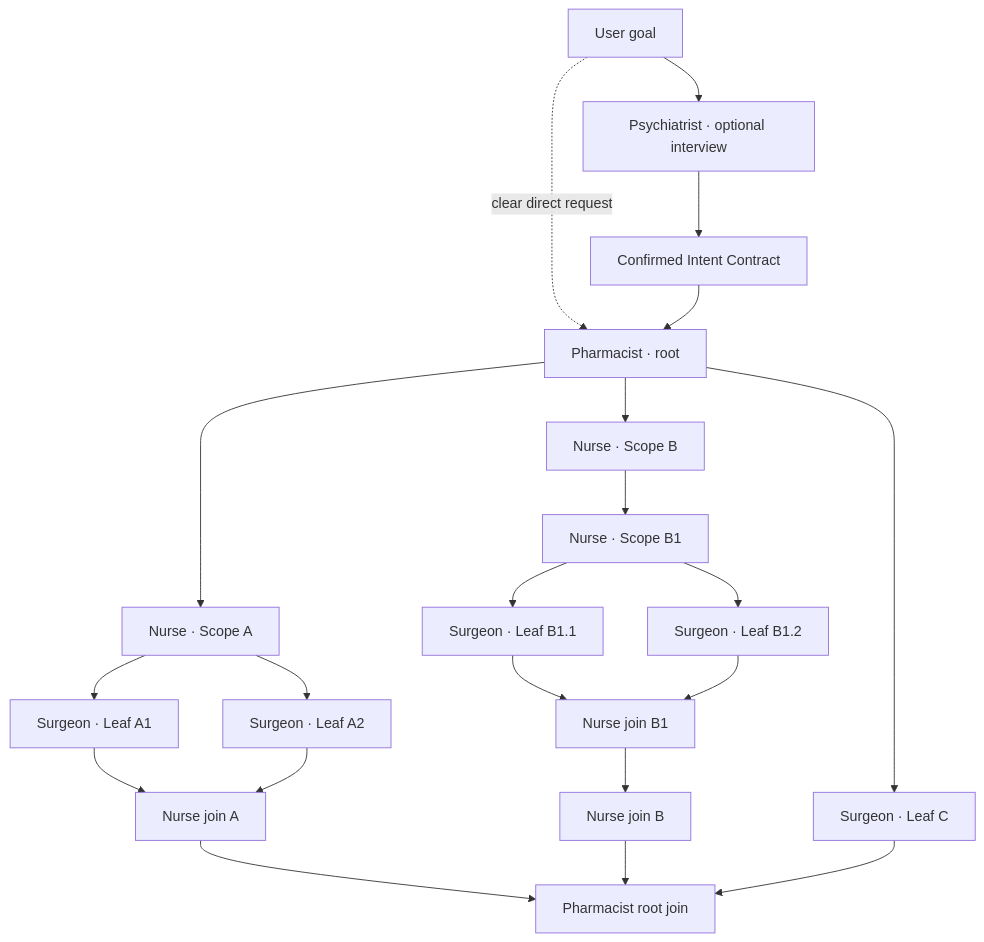
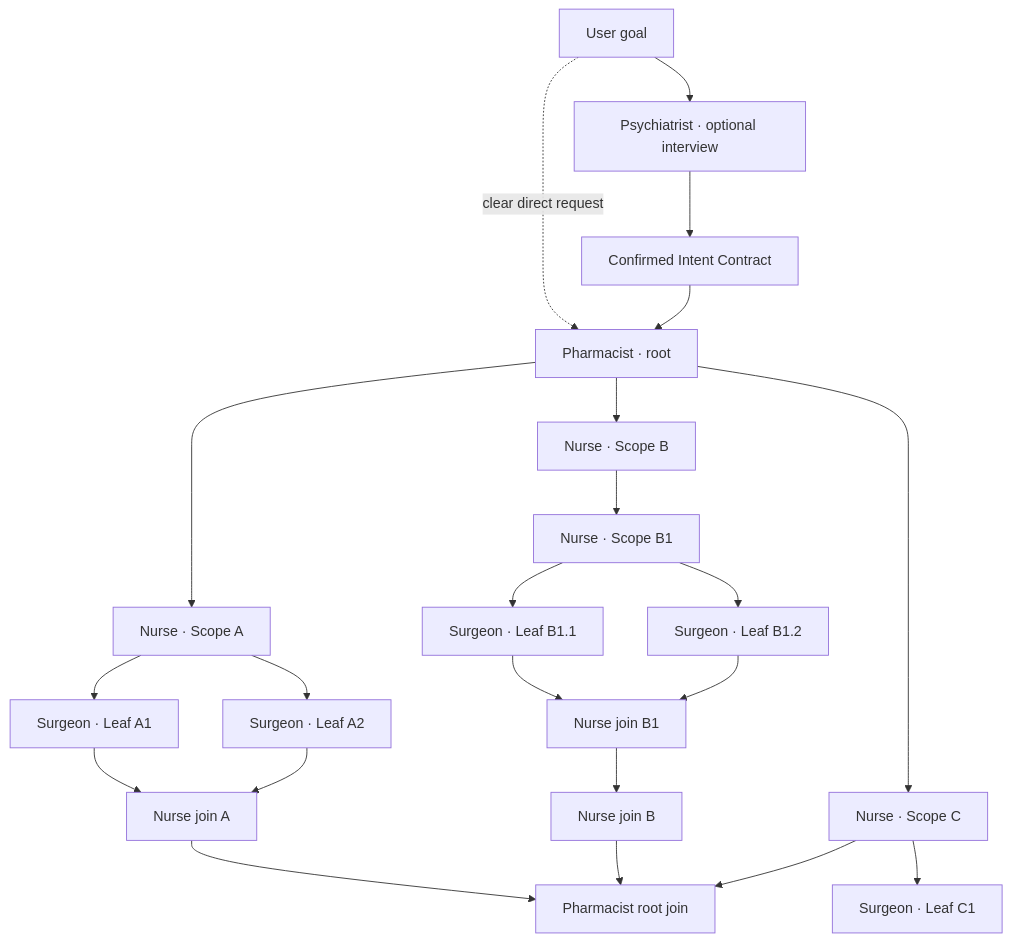
The second of 3 diagrams in quackery-spec.md (medicalissue/Quackery), drawn with Mermaid before and after one commit. The commit also changed other lines of this file and 16 other files, not shown here.

````diff
--- a/quackery-spec.md
+++ b/quackery-spec.md
@@ -236,28 +248,29 @@
 ```mermaid
 flowchart TD
     U["User goal"] --> P0["Psychiatrist · optional interview"]
     U -. "clear direct request" .-> P1["Pharmacist · root"]
     P0 --> I["Confirmed Intent Contract"]
     I --> P1
 
     P1 --> A["Nurse · Scope A"]
     P1 --> B["Nurse · Scope B"]
-    P1 --> C["Surgeon · Leaf C"]
+    P1 --> C["Nurse · Scope C"]
 
     A --> A1["Surgeon · Leaf A1"]
     A --> A2["Surgeon · Leaf A2"]
 
     B --> B1["Nurse · Scope B1"]
     B1 --> B11["Surgeon · Leaf B1.1"]
     B1 --> B12["Surgeon · Leaf B1.2"]
+    C --> C1["Surgeon · Leaf C1"]
 
     A1 --> JA["Nurse join A"]
     A2 --> JA
     B11 --> JB1["Nurse join B1"]
     B12 --> JB1
     JB1 --> JB["Nurse join B"]
 
     JA --> JR["Pharmacist root join"]
     JB --> JR
     C --> JR
 ```
````
